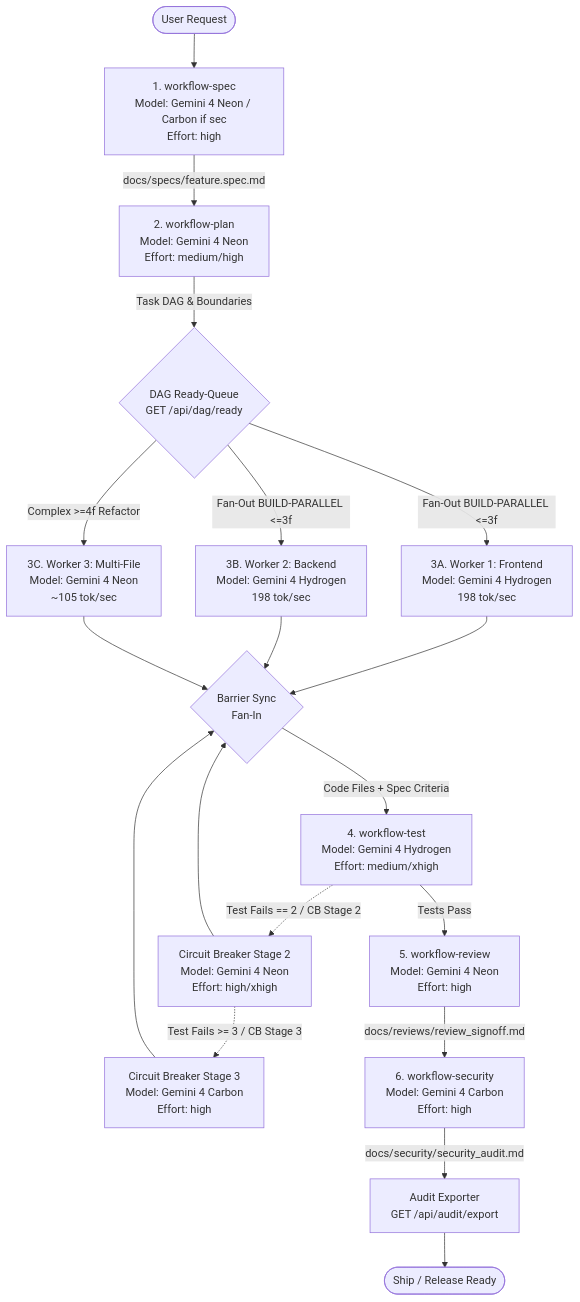
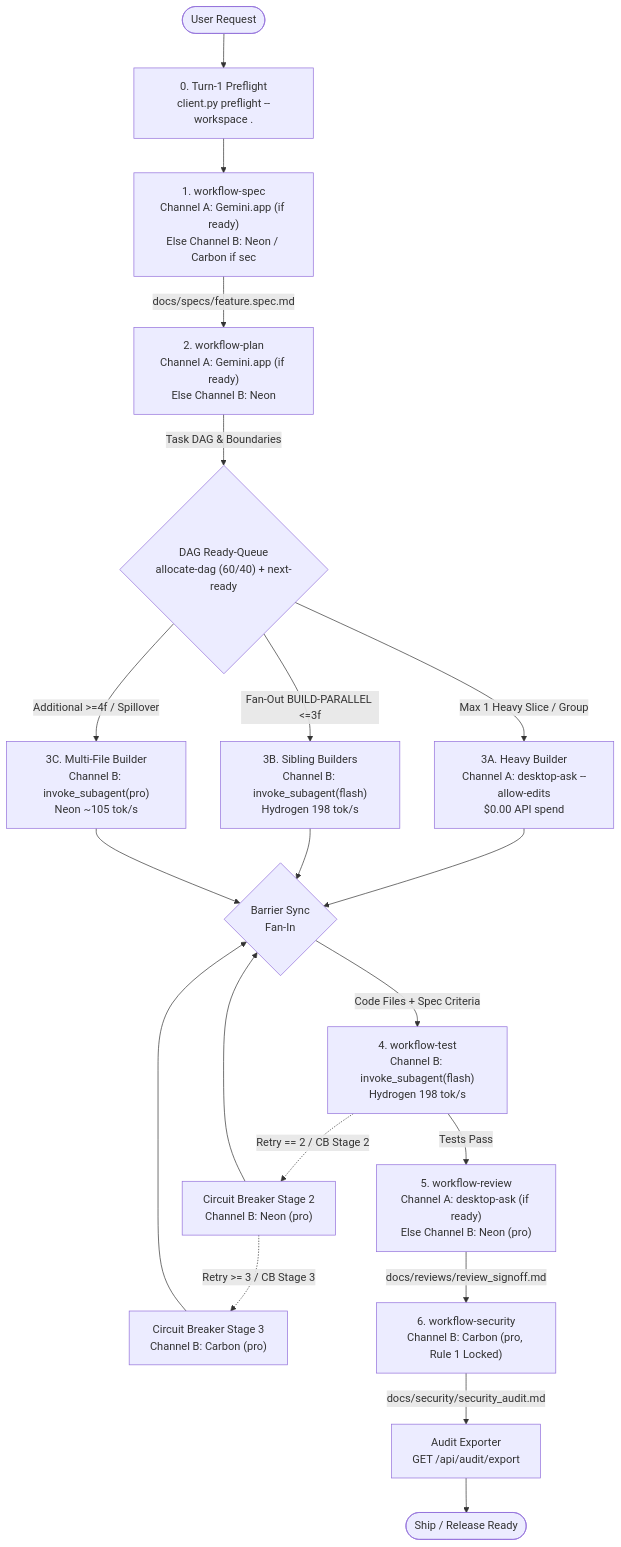
One commit to chien334/antigravity-orchestrator changed the diagram in packages/workflows/workflow-pipeline.md. Above: the diagram before and after it, drawn with Mermaid. The commit also changed other lines of this file and 15 other files, not shown here.

Commit message:
feat(orchestrator): add Turn-1 preflight & Dual-Channel 60% Gemini.app Desktop dispatch

````diff
--- a/packages/workflows/workflow-pipeline.md
+++ b/packages/workflows/workflow-pipeline.md
@@ -12,26 +14,27 @@
 ```mermaid
 flowchart TD
-    Start([User Request]) --> S1[1. workflow-spec\nModel: Gemini 4 Neon / Carbon if sec\nEffort: high]
-    S1 -->|docs/specs/feature.spec.md| S2[2. workflow-plan\nModel: Gemini 4 Neon\nEffort: medium/high]
-    
-    S2 -->|Task DAG & Boundaries| S3Ready{DAG Ready-Queue\nGET /api/dag/ready}
-    S3Ready -->|Fan-Out BUILD-PARALLEL <=3f| S3A[3A. Worker 1: Frontend\nModel: Gemini 4 Hydrogen\n198 tok/sec]
-    S3Ready -->|Fan-Out BUILD-PARALLEL <=3f| S3B[3B. Worker 2: Backend\nModel: Gemini 4 Hydrogen\n198 tok/sec]
-    S3Ready -->|Complex >=4f Refactor| S3C[3C. Worker 3: Multi-File\nModel: Gemini 4 Neon\n~105 tok/sec]
-    
-    S3A --> S3Sync{Barrier Sync\nFan-In}
+    Start([User Request]) --> P0["0. Turn-1 Preflight<br/>client.py preflight --workspace ."]
+    P0 --> S1["1. workflow-spec<br/>Channel A: Gemini.app (if ready)<br/>Else Channel B: Neon / Carbon if sec"]
+    S1 -->|docs/specs/feature.spec.md| S2["2. workflow-plan<br/>Channel A: Gemini.app (if ready)<br/>Else Channel B: Neon"]
+
+    S2 -->|Task DAG & Boundaries| S3Ready{"DAG Ready-Queue<br/>allocate-dag (60/40) + next-ready"}
+    S3Ready -->|Max 1 Heavy Slice / Group| S3A["3A. Heavy Builder<br/>Channel A: desktop-ask --allow-edits<br/>$0.00 API spend"]
+    S3Ready -->|Fan-Out BUILD-PARALLEL <=3f| S3B["3B. Sibling Builders<br/>Channel B: invoke_subagent(flash)<br/>Hydrogen 198 tok/s"]
+    S3Ready -->|Additional >=4f / Spillover| S3C["3C. Multi-File Builder<br/>Channel B: invoke_subagent(pro)<br/>Neon ~105 tok/s"]
+
+    S3A --> S3Sync{Barrier Sync<br/>Fan-In}
     S3B --> S3Sync
     S3C --> S3Sync
-    
-    S3Sync -->|Code Files + Spec Criteria| S4[4. workflow-test\nModel: Gemini 4 Hydrogen\nEffort: medium/xhigh]
-    
-    S4 -->|Tests Pass| S5[5. workflow-review\nModel: Gemini 4 Neon\nEffort: high]
-    S4 -.->|Test Fails == 2 / CB Stage 2| SCB2[Circuit Breaker Stage 2\nModel: Gemini 4 Neon\nEffort: high/xhigh]
-    SCB2 -.->|Test Fails >= 3 / CB Stage 3| SCB3[Circuit Breaker Stage 3\nModel: Gemini 4 Carbon\nEffort: high]
+
+    S3Sync -->|Code Files + Spec Criteria| S4["4. workflow-test<br/>Channel B: invoke_subagent(flash)<br/>Hydrogen 198 tok/s"]
+
+    S4 -->|Tests Pass| S5["5. workflow-review<br/>Channel A: desktop-ask (if ready)<br/>Else Channel B: Neon (pro)"]
+    S4 -.->|Retry == 2 / CB Stage 2| SCB2["Circuit Breaker Stage 2<br/>Channel B: Neon (pro)"]
+    SCB2 -.->|Retry >= 3 / CB Stage 3| SCB3["Circuit Breaker Stage 3<br/>Channel B: Carbon (pro)"]
     SCB2 --> S3Sync
     SCB3 --> S3Sync
 
-    S5 -->|docs/reviews/review_signoff.md| S6[6. workflow-security\nModel: Gemini 4 Carbon\nEffort: high]
-    S6 -->|docs/security/security_audit.md| Audit[Audit Exporter\nGET /api/audit/export]
+    S5 -->|docs/reviews/review_signoff.md| S6["6. workflow-security<br/>Channel B: Carbon (pro, Rule 1 Locked)"]
+    S6 -->|docs/security/security_audit.md| Audit["Audit Exporter<br/>GET /api/audit/export"]
     Audit --> Done([Ship / Release Ready])
 ```
````
